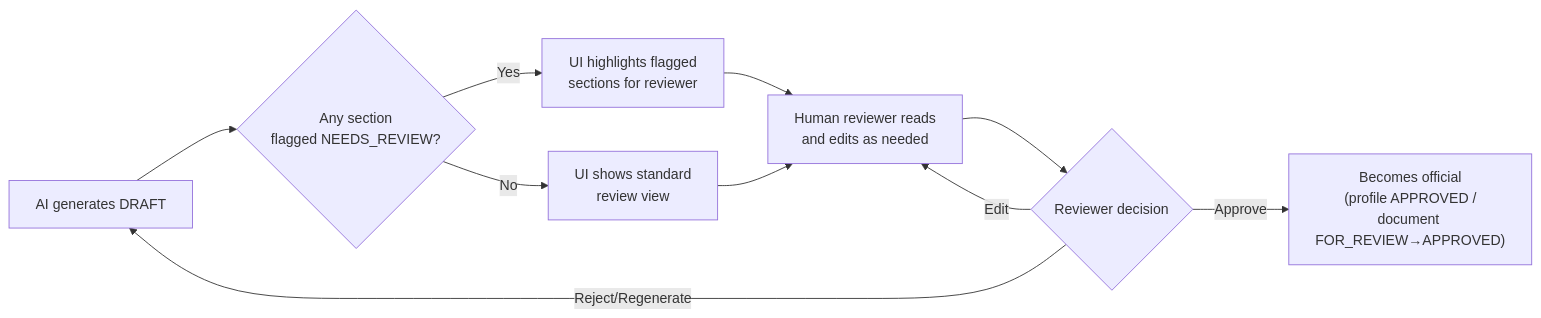
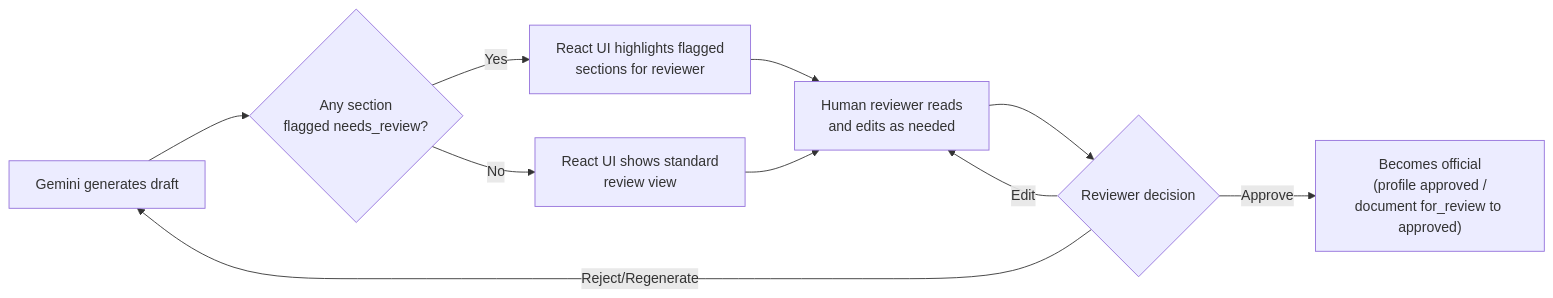
The fifth of 5 diagrams in docs/ai-architecture.md (superrjay/superrjay), drawn with Mermaid before and after one commit. The commit also changed other lines of this file and 6 other files, not shown here.

````diff
--- a/docs/ai-architecture.md
+++ b/docs/ai-architecture.md
@@ -352,12 +423,12 @@
 ```mermaid
 flowchart LR
-    Gen[AI generates DRAFT] --> Flag{Any section\nflagged NEEDS_REVIEW?}
-    Flag -->|Yes| Highlight[UI highlights flagged\nsections for reviewer]
-    Flag -->|No| Normal[UI shows standard\nreview view]
-    Highlight --> Review[Human reviewer reads\nand edits as needed]
+    Gen["Gemini generates draft"] --> Flag{"Any section\nflagged needs_review?"}
+    Flag -->|Yes| Highlight["React UI highlights flagged\nsections for reviewer"]
+    Flag -->|No| Normal["React UI shows standard\nreview view"]
+    Highlight --> Review["Human reviewer reads\nand edits as needed"]
     Normal --> Review
-    Review --> Decision{Reviewer decision}
-    Decision -->|Approve| Official["Becomes official\n(profile APPROVED /\ndocument FOR_REVIEW→APPROVED)"]
+    Review --> Decision{"Reviewer decision"}
+    Decision -->|Approve| Official["Becomes official\n(profile approved /\ndocument for_review to approved)"]
     Decision -->|Edit| Review
     Decision -->|Reject/Regenerate| Gen
 ```
````
